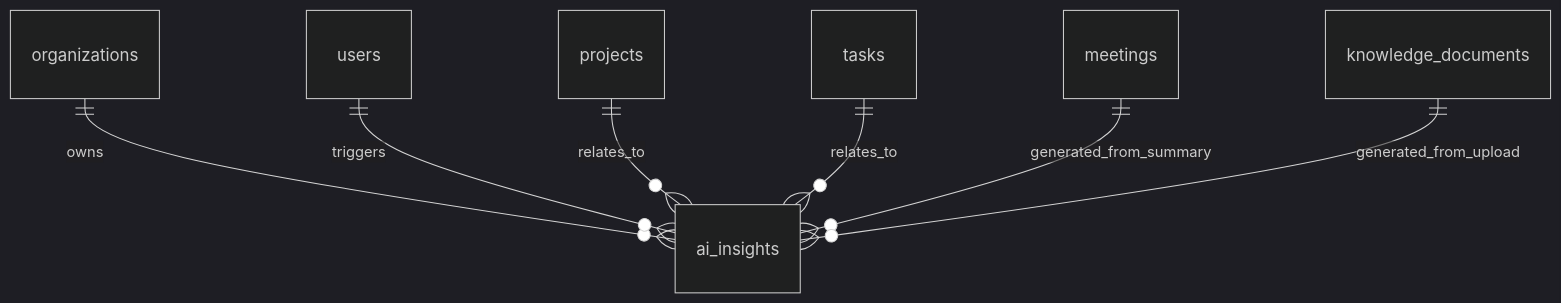
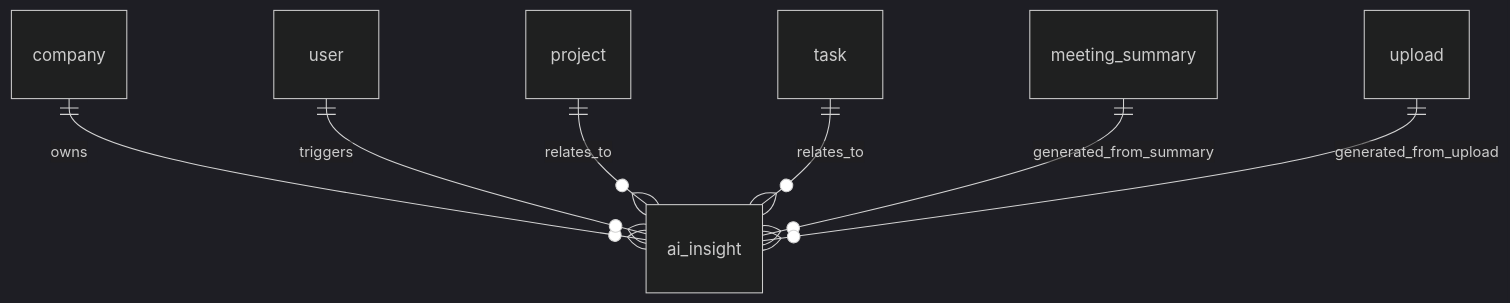
Before and after one commit to Teamoria/ai: the diagram in ai/AI_Insights_Data_Model.md, drawn with Mermaid (dark theme). The commit also changed other lines of this file and 8 other files, not shown here.

````diff
--- a/ai/AI_Insights_Data_Model.md
+++ b/ai/AI_Insights_Data_Model.md
@@ -48,9 +48,9 @@
 ```mermaid
 erDiagram
-    organizations ||--o{ ai_insights : owns
-    users ||--o{ ai_insights : triggers
-    projects ||--o{ ai_insights : relates_to
-    tasks ||--o{ ai_insights : relates_to
-    meetings ||--o{ ai_insights : generated_from_summary
-    knowledge_documents ||--o{ ai_insights : generated_from_upload
+    company ||--o{ ai_insight : owns
+    user ||--o{ ai_insight : triggers
+    project ||--o{ ai_insight : relates_to
+    task ||--o{ ai_insight : relates_to
+    meeting_summary ||--o{ ai_insight : generated_from_summary
+    upload ||--o{ ai_insight : generated_from_upload
 ```
````
